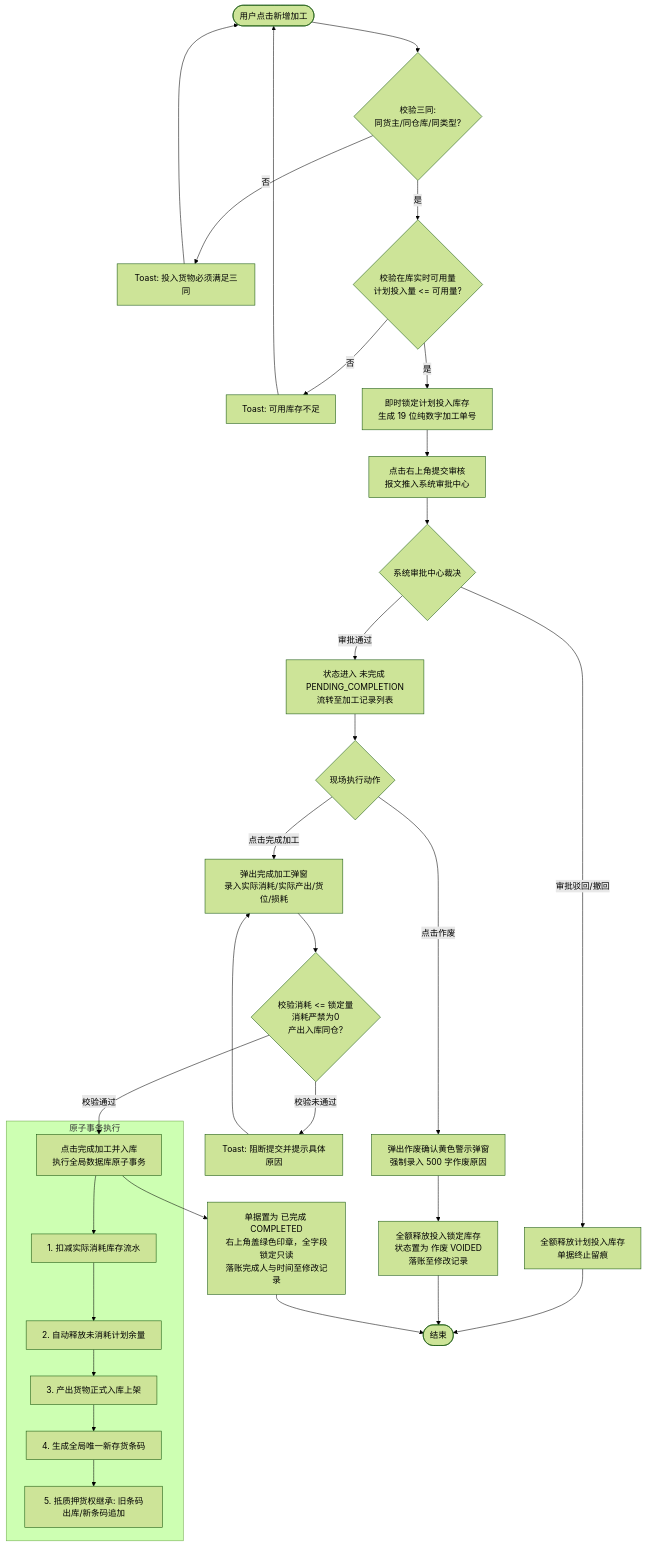
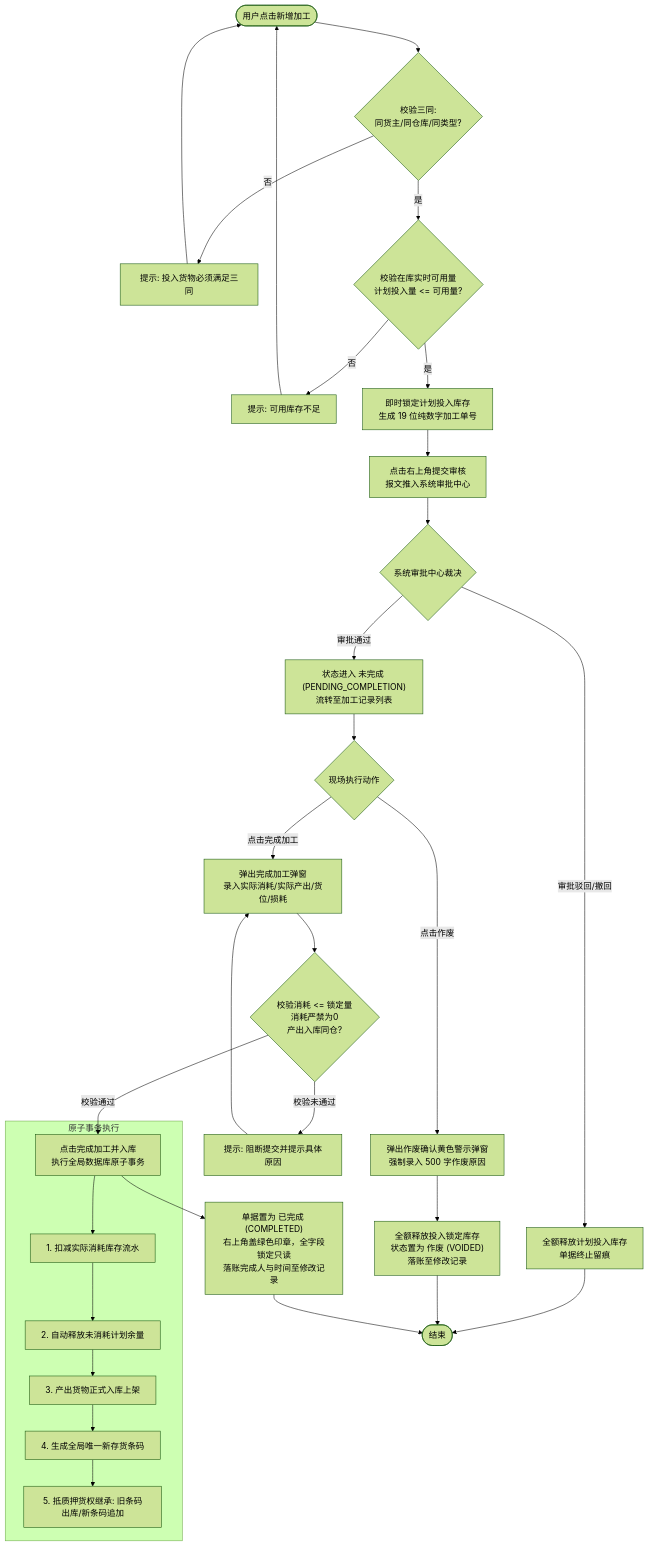
One commit to RobertHuang999/SYZC changed the second of 4 diagrams in 02-PRD文档/🌟🌟🌟-最新基准版/B端PC/02-仓储/14-加工管理-加工记录/加工管理业务规则规格.md. Above: the diagram before and after it, drawn with Mermaid (forest theme). The commit also changed other lines of this file and 264 other files, not shown here.

````diff
--- a/02-PRD文档/🌟🌟🌟-最新基准版/B端PC/02-仓储/14-加工管理-加工记录/加工管理业务规则规格.md
+++ b/02-PRD文档/🌟🌟🌟-最新基准版/B端PC/02-仓储/14-加工管理-加工记录/加工管理业务规则规格.md
@@ -213,32 +227,32 @@
 ```mermaid
 flowchart TD
     Start([用户点击新增加工]) --> CheckThreeSame{校验三同:<br/>同货主/同仓库/同类型?}
-    CheckThreeSame -- 否 --> ToastErr1[Toast: 投入货物必须满足三同] --> Start
+    CheckThreeSame -- 否 --> ToastErr1[提示: 投入货物必须满足三同] --> Start
     CheckThreeSame -- 是 --> CheckStock{校验在库实时可用量<br/>计划投入量 <= 可用量?}
-    CheckStock -- 否 --> ToastErr2[Toast: 可用库存不足] --> Start
+    CheckStock -- 否 --> ToastErr2[提示: 可用库存不足] --> Start
     CheckStock -- 是 --> LockStock[即时锁定计划投入库存<br/>生成 19 位纯数字加工单号]
     LockStock --> SubmitApp[点击右上角提交审核<br/>报文推入系统审批中心]
 
     SubmitApp --> AppCenter{系统审批中心裁决}
     AppCenter -- 审批驳回/撤回 --> RejRelease[全额释放计划投入库存<br/>单据终止留痕] --> End([结束])
-    AppCenter -- 审批通过 --> WaitComp[状态进入 未完成 PENDING_COMPLETION<br/>流转至加工记录列表]
+    AppCenter -- 审批通过 --> WaitComp["状态进入 未完成 (PENDING_COMPLETION)<br/>流转至加工记录列表"]
 
     WaitComp --> CompOrVoid{现场执行动作}
     CompOrVoid -- 点击作废 --> VoidDialog[弹出作废确认黄色警示弹窗<br/>强制录入 500 字作废原因]
-    VoidDialog --> VoidRelease[全额释放投入锁定库存<br/>状态置为 作废 VOIDED<br/>落账至修改记录] --> End
+    VoidDialog --> VoidRelease["全额释放投入锁定库存<br/>状态置为 作废 (VOIDED)<br/>落账至修改记录"] --> End
 
     CompOrVoid -- 点击完成加工 --> CompDialog[弹出完成加工弹窗<br/>录入实际消耗/实际产出/货位/损耗]
     CompDialog --> CheckCompData{校验消耗 <= 锁定量<br/>消耗严禁为0<br/>产出入库同仓?}
-    CheckCompData -- 校验未通过 --> ToastErr3[Toast: 阻断提交并提示具体原因] --> CompDialog
+    CheckCompData -- 校验未通过 --> ToastErr3[提示: 阻断提交并提示具体原因] --> CompDialog
     CheckCompData -- 校验通过 --> AtomicTx[点击完成加工并入库<br/>执行全局数据库原子事务]
 
     subgraph 原子事务执行
         AtomicTx --> Step1[1. 扣减实际消耗库存流水]
         Step1 --> Step2[2. 自动释放未消耗计划余量]
         Step2 --> Step3[3. 产出货物正式入库上架]
         Step3 --> Step4[4. 生成全局唯一新存货条码]
         Step4 --> Step5[5. 抵质押货权继承: 旧条码出库/新条码追加]
     end
 
-    AtomicTx --> ResultState[单据置为 已完成 COMPLETED<br/>右上角盖绿色印章，全字段锁定只读<br/>落账完成人与时间至修改记录] --> End
+    AtomicTx --> ResultState["单据置为 已完成 (COMPLETED)<br/>右上角盖绿色印章，全字段锁定只读<br/>落账完成人与时间至修改记录"] --> End
 ```
````
